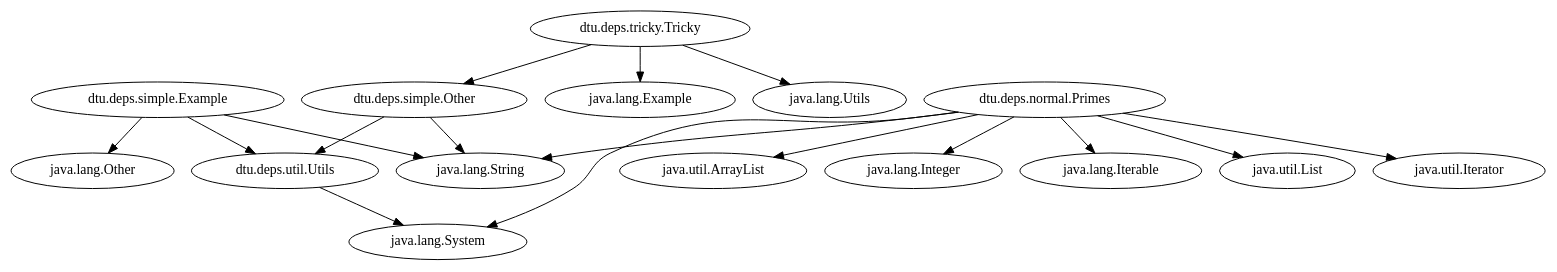
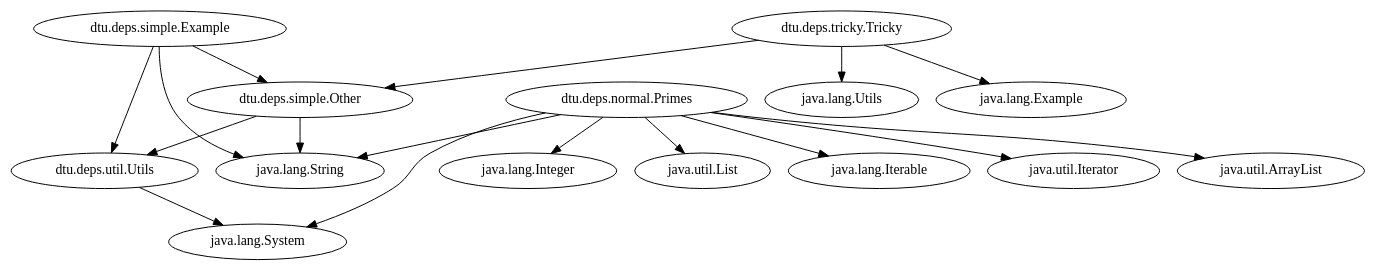
One commit to gtheodoridis/Program_Analysis_G4 changed the diagram in assignment-01/dependencies.gv. Above: the diagram before and after it, drawn with Graphviz. The commit also changed 2 other files, not shown here.

```diff
--- a/assignment-01/dependencies.gv
+++ b/assignment-01/dependencies.gv
@@ -1,24 +1,24 @@
 // Dependencies
 digraph {
+	"dtu.deps.normal.Primes"
+	"dtu.deps.normal.Primes" -> "java.lang.System"
+	"dtu.deps.normal.Primes" -> "java.lang.String"
+	"dtu.deps.normal.Primes" -> "java.lang.Integer"
+	"dtu.deps.normal.Primes" -> "java.util.List"
+	"dtu.deps.normal.Primes" -> "java.lang.Iterable"
+	"dtu.deps.normal.Primes" -> "java.util.Iterator"
+	"dtu.deps.normal.Primes" -> "java.util.ArrayList"
+	"dtu.deps.simple.Example"
+	"dtu.deps.simple.Example" -> "java.lang.String"
+	"dtu.deps.simple.Example" -> "dtu.deps.util.Utils"
+	"dtu.deps.simple.Example" -> "dtu.deps.simple.Other"
 	"dtu.deps.simple.Other"
+	"dtu.deps.simple.Other" -> "java.lang.String"
 	"dtu.deps.simple.Other" -> "dtu.deps.util.Utils"
-	"dtu.deps.simple.Other" -> "java.lang.String"
-	"dtu.deps.simple.Example"
-	"dtu.deps.simple.Example" -> "java.lang.Other"
-	"dtu.deps.simple.Example" -> "dtu.deps.util.Utils"
-	"dtu.deps.simple.Example" -> "java.lang.String"
+	"dtu.deps.tricky.Tricky"
+	"dtu.deps.tricky.Tricky" -> "dtu.deps.simple.Other"
+	"dtu.deps.tricky.Tricky" -> "java.lang.Utils"
+	"dtu.deps.tricky.Tricky" -> "java.lang.Example"
 	"dtu.deps.util.Utils"
 	"dtu.deps.util.Utils" -> "java.lang.System"
-	"dtu.deps.normal.Primes"
-	"dtu.deps.normal.Primes" -> "java.lang.Iterable"
-	"dtu.deps.normal.Primes" -> "java.lang.System"
-	"dtu.deps.normal.Primes" -> "java.util.List"
-	"dtu.deps.normal.Primes" -> "java.util.Iterator"
-	"dtu.deps.normal.Primes" -> "java.util.ArrayList"
-	"dtu.deps.normal.Primes" -> "java.lang.Integer"
-	"dtu.deps.normal.Primes" -> "java.lang.String"
-	"dtu.deps.tricky.Tricky"
-	"dtu.deps.tricky.Tricky" -> "dtu.deps.simple.Other"
-	"dtu.deps.tricky.Tricky" -> "java.lang.Example"
-	"dtu.deps.tricky.Tricky" -> "java.lang.Utils"
 }
```
